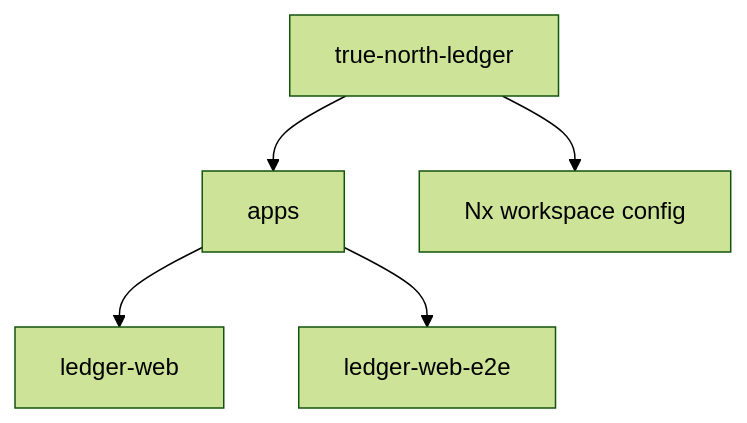
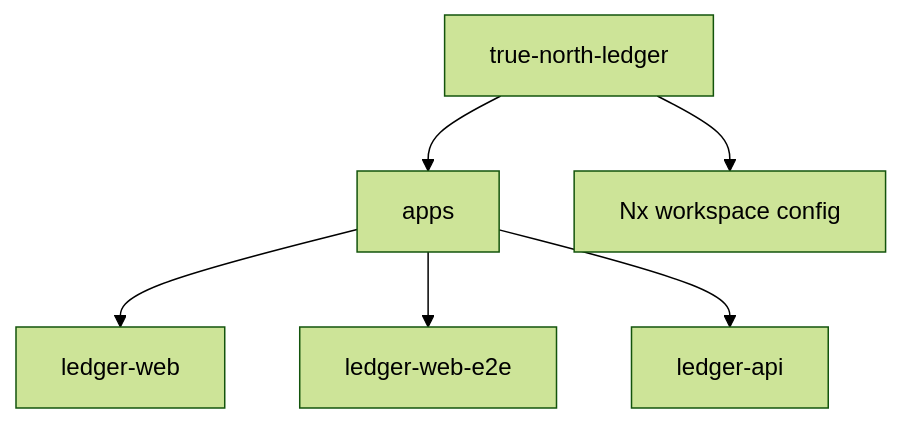
The first of 3 diagrams in documentation/architecture/architecture.md (JeffreySanford/true-north-ledger), drawn with Mermaid (forest theme) before and after one commit. The commit also changed other lines of this file and 81 other files, not shown here.

````diff
--- a/documentation/architecture/architecture.md
+++ b/documentation/architecture/architecture.md
@@ -7,13 +7,14 @@
 ```mermaid
 flowchart TD
   repo[true-north-ledger]
   apps[apps]
   web[ledger-web]
   e2e[ledger-web-e2e]
   nx[Nx workspace config]
 
   repo --> apps
   repo --> nx
   apps --> web
   apps --> e2e
+  apps --> api[ledger-api]
 ```
````
